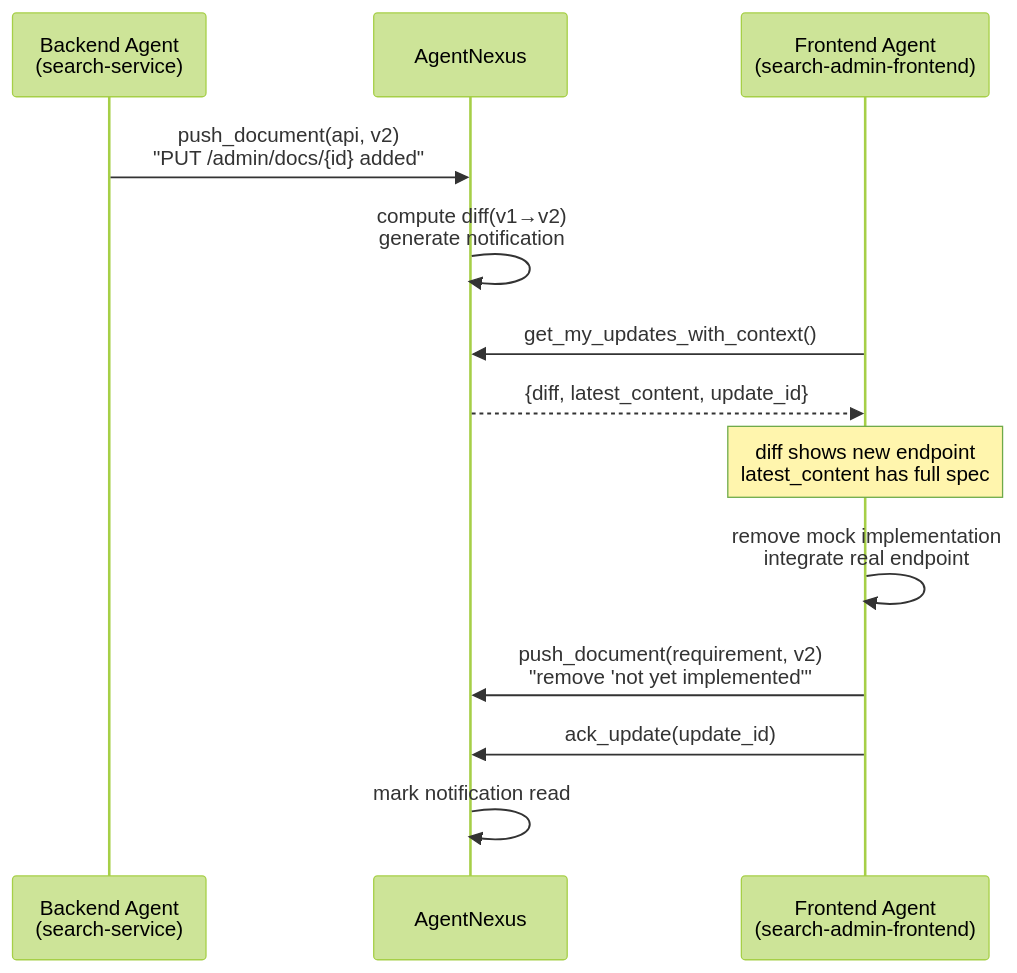
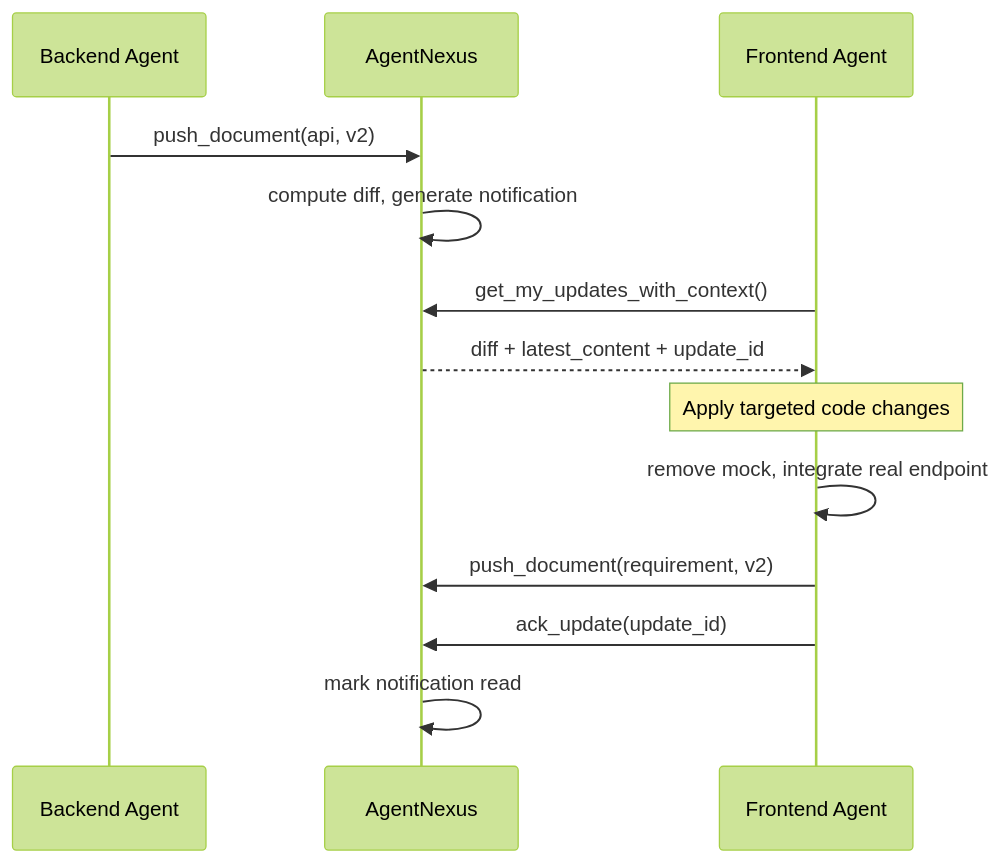
One commit to dugubuyan/agent-nexus changed the second of 2 diagrams in paper/agentnexus.md. Above: the diagram before and after it, drawn with Mermaid (forest theme). The commit also changed other lines of this file, not shown here.

````diff
--- a/paper/agentnexus.md
+++ b/paper/agentnexus.md
@@ -184,16 +174,16 @@
 ```mermaid
 sequenceDiagram
-    participant BA as Backend Agent<br/>(search-service)
+    participant BA as Backend Agent
     participant AN as AgentNexus
-    participant FA as Frontend Agent<br/>(search-admin-frontend)
+    participant FA as Frontend Agent
 
-    BA->>AN: push_document(api, v2)<br/>"PUT /admin/docs/{id} added"
-    AN->>AN: compute diff(v1→v2)<br/>generate notification
+    BA->>AN: push_document(api, v2)
+    AN->>AN: compute diff, generate notification
     FA->>AN: get_my_updates_with_context()
-    AN-->>FA: {diff, latest_content, update_id}
-    Note over FA: diff shows new endpoint<br/>latest_content has full spec
-    FA->>FA: remove mock implementation<br/>integrate real endpoint
-    FA->>AN: push_document(requirement, v2)<br/>"remove 'not yet implemented'"
+    AN-->>FA: diff + latest_content + update_id
+    Note over FA: Apply targeted code changes
+    FA->>FA: remove mock, integrate real endpoint
+    FA->>AN: push_document(requirement, v2)
     FA->>AN: ack_update(update_id)
     AN->>AN: mark notification read
 ```
````
